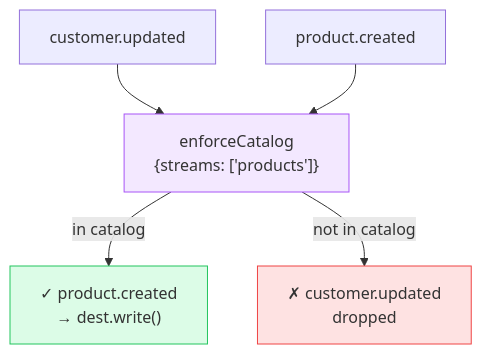
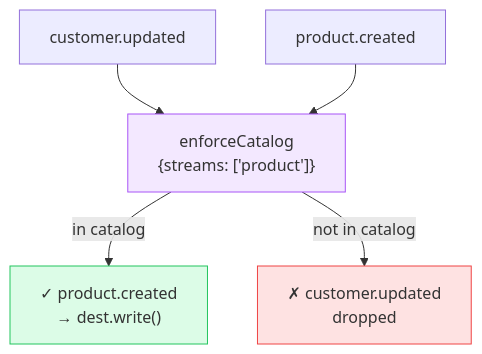
Before and after one commit to supabase/stripe-sync-engine: the third of 7 diagrams in docs/slides/architecture.md, drawn with Mermaid. The commit also changed other lines of this file and 108 other files, not shown here.

````diff
--- a/docs/slides/architecture.md
+++ b/docs/slides/architecture.md
@@ -163,13 +163,13 @@
 ```mermaid
 flowchart TD
   E1["customer.updated"]
   E2["product.created"]
-  EC["enforceCatalog\n{streams: ['products']}"]
+  EC["enforceCatalog\n{streams: ['product']}"]
   E1 --> EC
   E2 --> EC
   EC -->|"in catalog"| Y["✓  product.created\n→ dest.write()"]
   EC -->|"not in catalog"| X["✗  customer.updated\ndropped"]
   style X fill:#fee2e2,stroke:#ef4444
   style Y fill:#dcfce7,stroke:#22c55e
   style EC fill:#f3e8ff,stroke:#a855f7
 ```
````
